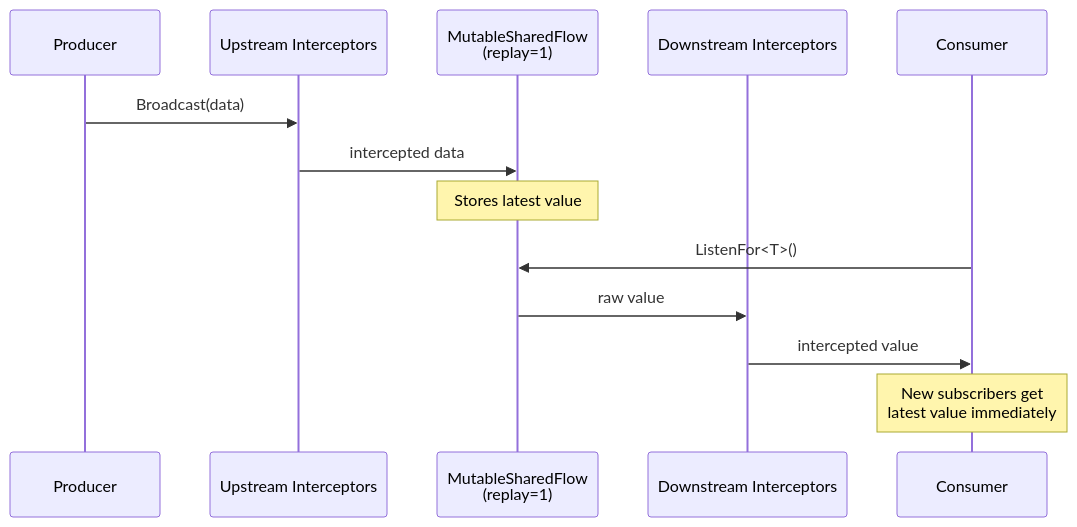
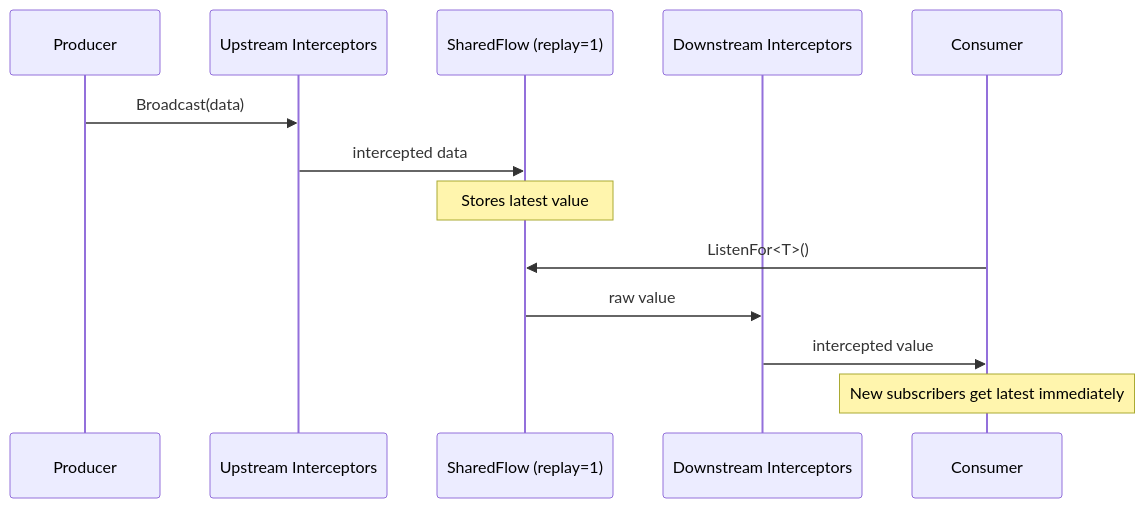
One commit to coreywaldon/synapse changed the third of 7 diagrams in arch/README.md. Above: the diagram before and after it, drawn with Mermaid. The commit also changed other lines of this file and 7 other files, not shown here.

````diff
--- a/arch/README.md
+++ b/arch/README.md
@@ -1017,16 +1030,16 @@
 ```mermaid
 sequenceDiagram
     participant P as Producer
     participant UP as Upstream Interceptors
-    participant SF as MutableSharedFlow<br/>(replay=1)
+    participant SF as SharedFlow (replay=1)
     participant DN as Downstream Interceptors
     participant C as Consumer
 
     P->>UP: Broadcast(data)
     UP->>SF: intercepted data
     Note over SF: Stores latest value
     C->>SF: ListenFor<T>()
     SF->>DN: raw value
     DN->>C: intercepted value
-    Note over C: New subscribers get<br/>latest value immediately
+    Note over C: New subscribers get latest immediately
 ```
````
